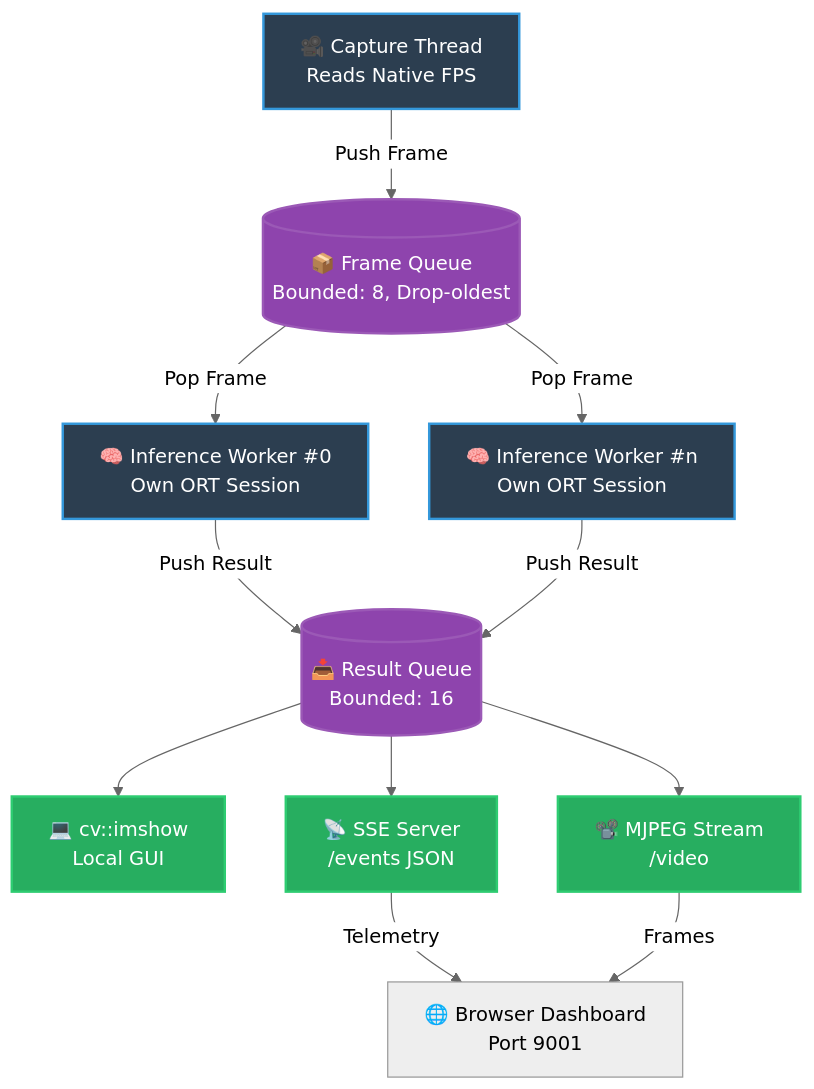
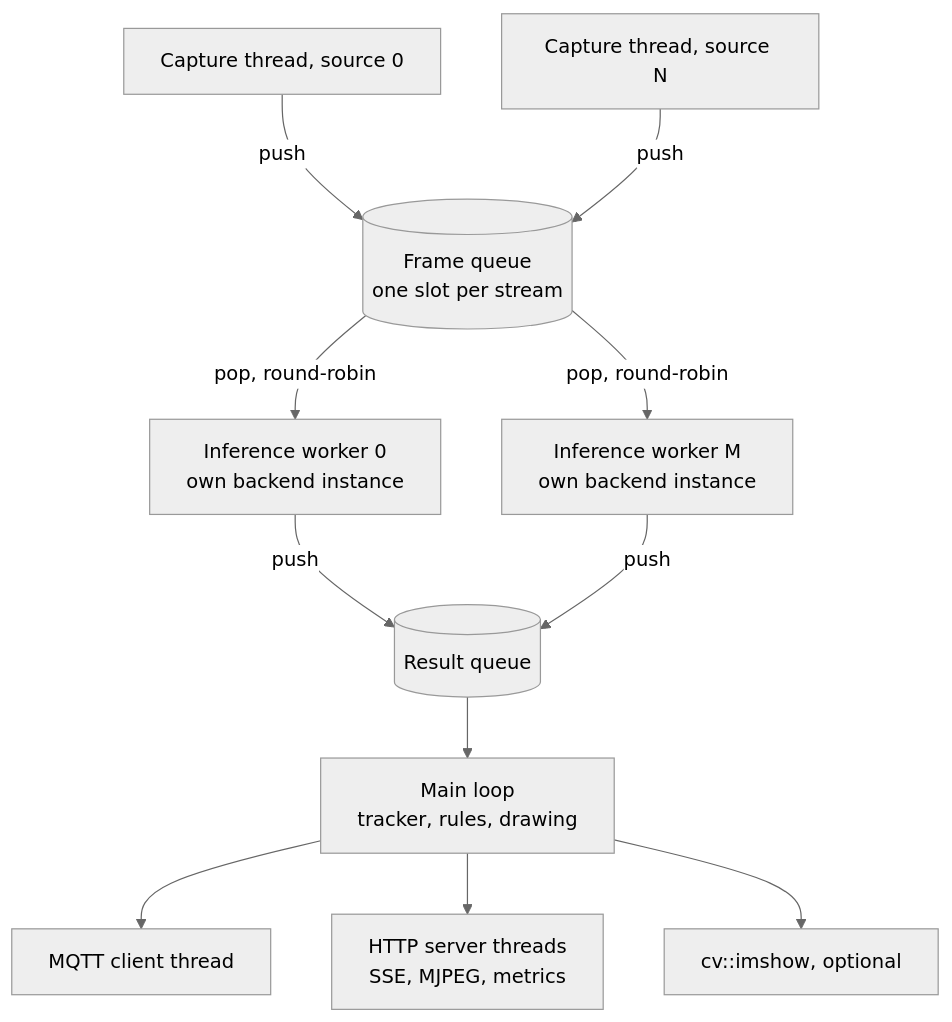
The first of 2 diagrams in docs/ARCHITECTURE.md (lehunghieu1503/cpp-realtime-video-analytics), drawn with Mermaid (neutral theme) before and after one commit. The commit also changed other lines of this file and 3 other files, not shown here.

````diff
--- a/docs/ARCHITECTURE.md
+++ b/docs/ARCHITECTURE.md
@@ -9,21 +12,16 @@
 ```mermaid
 graph TD
-    classDef thread fill:#2c3e50,stroke:#3498db,stroke-width:2px,color:#fff
-    classDef queue fill:#8e44ad,stroke:#9b59b6,stroke-width:2px,color:#fff
-    classDef output fill:#27ae60,stroke:#2ecc71,stroke-width:2px,color:#fff
+    A1[Capture thread, source 0] -->|push| B[(Frame queue<br/>one slot per stream)]
+    A2[Capture thread, source N] -->|push| B
 
-    A[🎥 Capture Thread<br/>Reads Native FPS]:::thread -->|Push Frame| B[(📦 Frame Queue<br/>Bounded: 8, Drop-oldest)]:::queue
-    
-    B -->|Pop Frame| C1[🧠 Inference Worker #0<br/>Own ORT Session]:::thread
-    B -->|Pop Frame| C2[🧠 Inference Worker #n<br/>Own ORT Session]:::thread
-    
-    C1 -->|Push Result| D[(📥 Result Queue<br/>Bounded: 16)]:::queue
-    C2 -->|Push Result| D
-    
-    D --> E[💻 cv::imshow<br/>Local GUI]:::output
-    D --> F[📡 SSE Server<br/>/events JSON]:::output
-    D --> G[📽️ MJPEG Stream<br/>/video]:::output
-    
-    F -->|Telemetry| H[🌐 Browser Dashboard<br/>Port 9001]
-    G -->|Frames| H
+    B -->|pop, round-robin| C1[Inference worker 0<br/>own backend instance]
+    B -->|pop, round-robin| C2[Inference worker M<br/>own backend instance]
+
+    C1 -->|push| D[(Result queue)]
+    C2 -->|push| D
+
+    D --> E[Main loop<br/>tracker, rules, drawing]
+    E --> F[MQTT client thread]
+    E --> G[HTTP server threads<br/>SSE, MJPEG, metrics]
+    E --> H[cv::imshow, optional]
 ```
````
